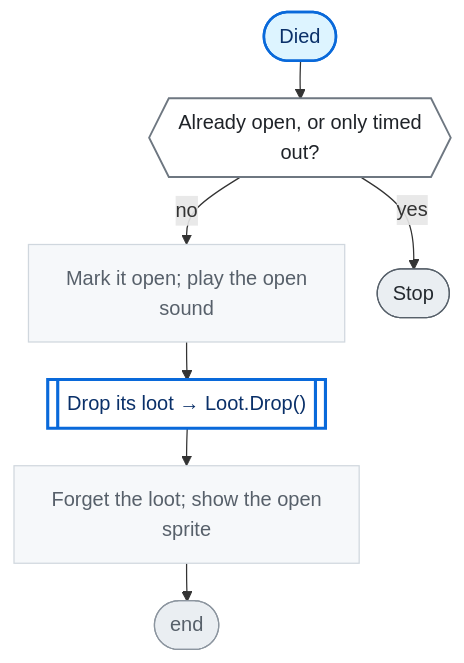
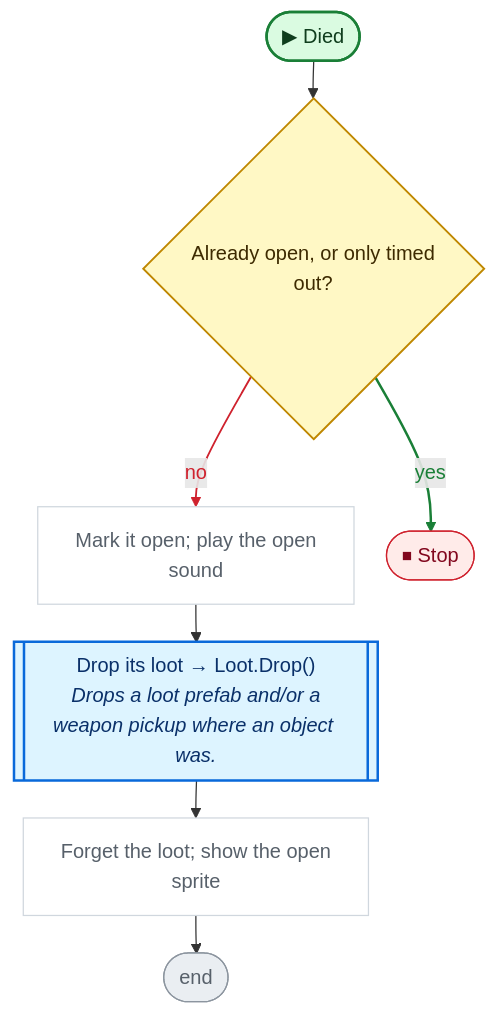
Before and after one commit to nataiai/Lord-of-the-Dungeon: the second of 2 diagrams in CodeGraph~/graph/Map/Chest.cs.md, drawn with Mermaid. The commit also changed other lines of this file and 44 other files, not shown here.

````diff
--- a/CodeGraph~/graph/Map/Chest.cs.md
+++ b/CodeGraph~/graph/Map/Chest.cs.md
@@ -47,39 +47,45 @@
 ```mermaid
 ---
 config:
   flowchart:
     wrappingWidth: 260
     nodeSpacing: 26
     rankSpacing: 30
 ---
 flowchart TD
-  nS(["Died"])
-  n96f244{{"Already open, or only timed<br>out?"}}
+  nS(["▶ Died"])
+  n96f244{"Already open, or only timed<br>out?"}
   nd415d4["Mark it open; play the open<br>sound"]
-  nea5049[["Drop its loot → Loot.Drop()"]]
+  nea5049[["Drop its loot → Loot.Drop()<br><i>Drops a loot prefab and/or a</i><br><i>weapon pickup where an object was.</i>"]]
   n286996["Forget the loot; show the open<br>sprite"]
   nE(["end"])
-  nb2e4fc(["Stop"])
+  nb2e4fc(["⏹ Stop"])
   nS --> n96f244
   n96f244 -->|no| nd415d4
   n96f244 -->|yes| nb2e4fc
   nd415d4 --> nea5049
   nea5049 --> n286996
   n286996 --> nE
-  classDef unity fill:#fff1c2,stroke:#9a6700,stroke-width:2px,color:#3b2300
-  classDef start fill:#ddf4ff,stroke:#0969da,stroke-width:2px,color:#0a3069
-  classDef calc fill:#f6f8fa,stroke:#d0d7de,color:#57606a
-  classDef calls fill:#ffffff,stroke:#0969da,stroke-width:2.5px,color:#0a3069
-  classDef cond fill:#ffffff,stroke:#6e7781,stroke-width:1.5px,color:#1f2328
-  classDef loop fill:#fbefff,stroke:#8250df,color:#3e1f79
-  classDef exit fill:#eaeef2,stroke:#57606a,color:#24292f
-  classDef wait fill:#fff8f0,stroke:#bc4c00,color:#4d1d00
+  linkStyle 1 stroke:#cf222e,stroke-width:1.5px,color:#cf222e
+  linkStyle 2 stroke:#1a7f37,stroke-width:2px,color:#1a7f37
+  classDef unity fill:#dafbe1,stroke:#1a7f37,stroke-width:2px,color:#0f3d1d
+  classDef start fill:#dafbe1,stroke:#1a7f37,stroke-width:2px,color:#0f3d1d
+  classDef calc fill:#ffffff,stroke:#d0d7de,color:#57606a
+  classDef calls fill:#ddf4ff,stroke:#0969da,stroke-width:2px,color:#0a3069
+  classDef ext fill:#ddf4ff,stroke:#0969da,stroke-width:2px,stroke-dasharray:5 3,color:#0a3069
+  classDef cond fill:#fff8c5,stroke:#bf8700,stroke-width:1.5px,color:#3d2a00
+  classDef loop fill:#f6f8fa,stroke:#57606a,color:#1f2328
+  classDef exit fill:#ffebe9,stroke:#cf222e,color:#82071e
+  classDef kill fill:#ffebe9,stroke:#cf222e,stroke-width:2px,color:#82071e
+  classDef spawn fill:#dafbe1,stroke:#1a7f37,stroke-width:2px,color:#0f3d1d
+  classDef wait fill:#fff1e5,stroke:#bc4c00,color:#4d1d00
   classDef fin fill:#eaeef2,stroke:#8c959f,color:#57606a
   classDef join fill:#d0d7de,stroke:#8c959f,color:#57606a
+  classDef ghdr fill:#f5f9ff,stroke:#f5f9ff,color:#0a3069,font-weight:bold
   class nd415d4,n286996 calc
   class nea5049 calls
   class n96f244 cond
   class nb2e4fc exit
   class nE fin
   class nS start
 ```
````
